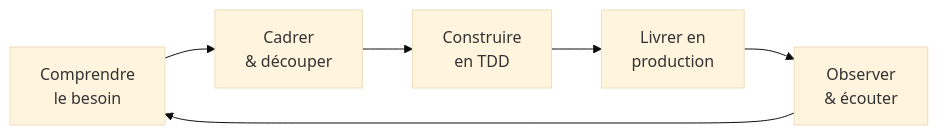
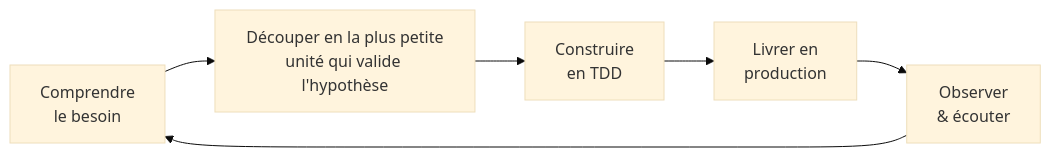
One commit to guillaume-cozic/guillaume-cozic changed the diagram in README.md. Above: the diagram before and after it, drawn with Mermaid (base theme). The commit also changed other lines of this file, not shown here.

Commit message:
docs: précise le découpage en plus petite unité validant l'hypothèse

````diff
--- a/README.md
+++ b/README.md
@@ -34,8 +34,8 @@
 ```mermaid
 flowchart LR
-    A["Comprendre<br/>le besoin"] --> B["Cadrer<br/>& découper"]
+    A["Comprendre<br/>le besoin"] --> B["Découper en la plus petite<br/>unité qui valide l'hypothèse"]
     B --> C["Construire<br/>en TDD"]
     C --> D["Livrer en<br/>production"]
     D --> E["Observer<br/>& écouter"]
     E --> A
 ```
````
